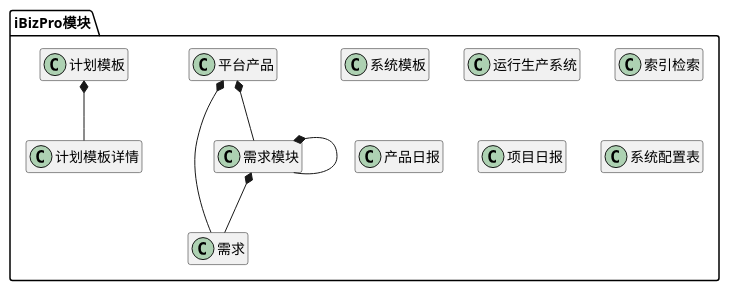
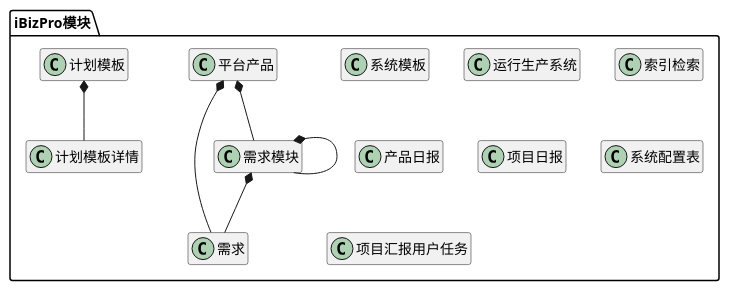
The diagram in ibizpms-docs/src/main/doc/v1/module/ibizpro.md (zj335841911/nt_chandao), drawn with PlantUML before and after one commit. The commit also changed other lines of this file and 34 other files, not shown here.

```diff
--- a/ibizpms-docs/src/main/doc/v1/module/ibizpro.md
+++ b/ibizpms-docs/src/main/doc/v1/module/ibizpro.md
@@ -6,59 +6,62 @@
 {% plantuml %}
 
 package iBizPro模块 {
 
 class 平台产品 {
 }
 
 class 需求 {
 }
 
 class 需求模块 {
 }
 
 class 系统模板 {
 }
 
 class 运行生产系统 {
 }
 
 class 索引检索 {
 }
 
 class 产品日报 {
 }
 
 class 项目日报 {
 }
 
 class 计划模板 {
 }
 
 class 计划模板详情 {
 }
 
 class 系统配置表 {
 }
 
+class 项目汇报用户任务 {
+}
+
 
 平台产品 *-- 需求模块 
 
 
 需求模块 *-- 需求模块 
 
 
 平台产品 *-- 需求 
 
 
 需求模块 *-- 需求 
 
 
 计划模板 *-- 计划模板详情 
 
 
 
 }
 
 hide members
 
 {% endplantuml %}
```
